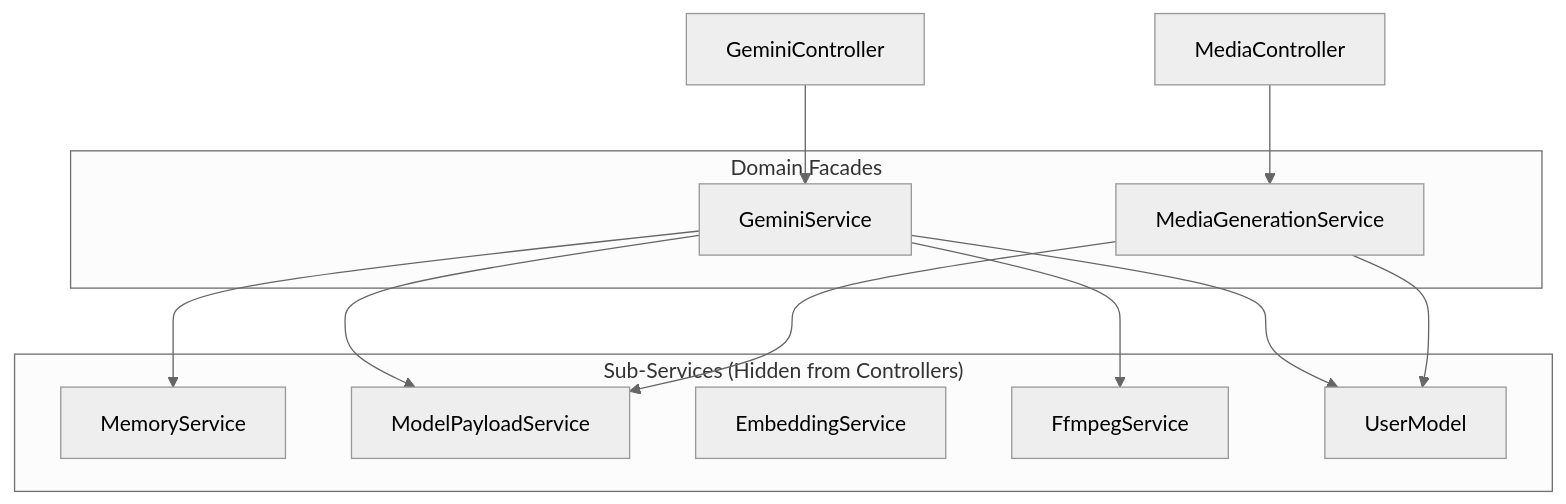
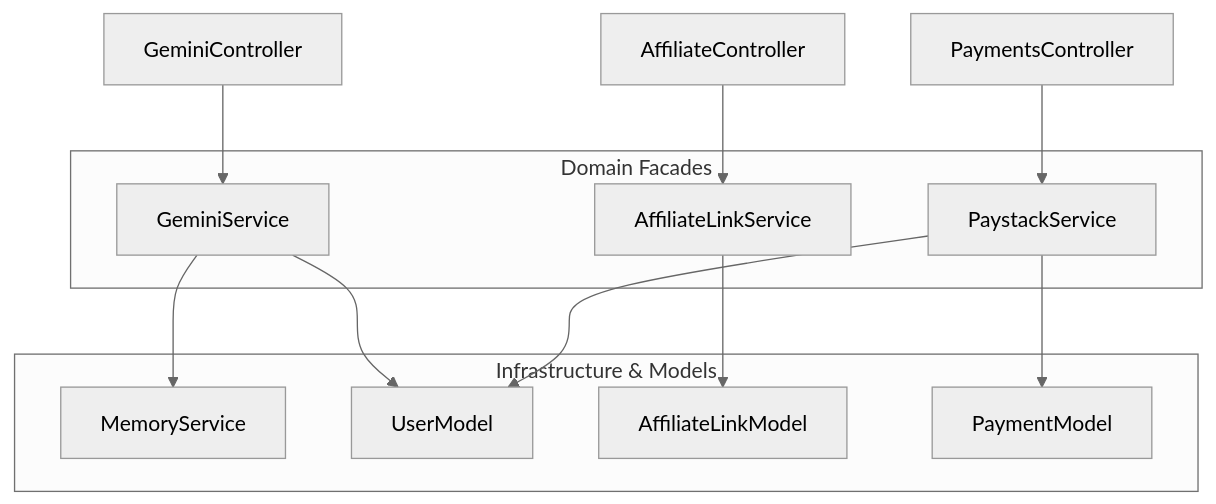
The second of 2 diagrams in documentation.md (nehemiaobati/codeigniter), drawn with Mermaid (neutral theme) before and after one commit. The commit also changed other lines of this file, not shown here.

First line of the commit message:
docs: Add documentation for Affiliate, Account, Portfolio, and Contact modules

````diff
--- a/documentation.md
+++ b/documentation.md
@@ -381,29 +401,29 @@
 ```mermaid
 graph TD
     C[GeminiController]
-    MC[MediaController]
+    AC[AffiliateController]
+    PC[PaymentsController]
 
     subgraph "Domain Facades"
         GS[GeminiService]
-        MGS[MediaGenerationService]
+        ALS[AffiliateLinkService]
+        PS[PaystackService]
     end
 
-    subgraph "Sub-Services (Hidden from Controllers)"
+    subgraph "Infrastructure & Models"
         MEM[MemoryService]
-        MPS[ModelPayloadService]
-        EBS[EmbeddingService]
-        FFM[FfmpegService]
         UM[UserModel]
+        ALM[AffiliateLinkModel]
+        PM[PaymentModel]
     end
 
     C --> GS
-    MC --> MGS
+    AC --> ALS
+    PC --> PS
 
     GS --> MEM
-    GS --> MPS
-    GS --> FFM
     GS --> UM
-
-    MGS --> MPS
-    MGS --> UM
+    ALS --> ALM
+    PS --> PM
+    PS --> UM
 ```
````
